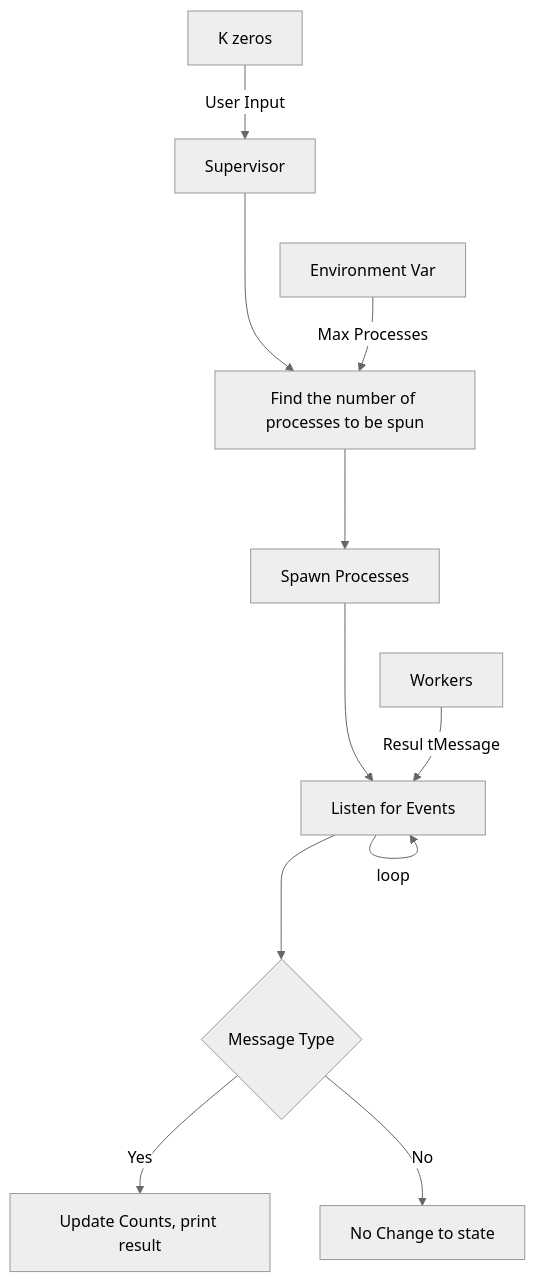
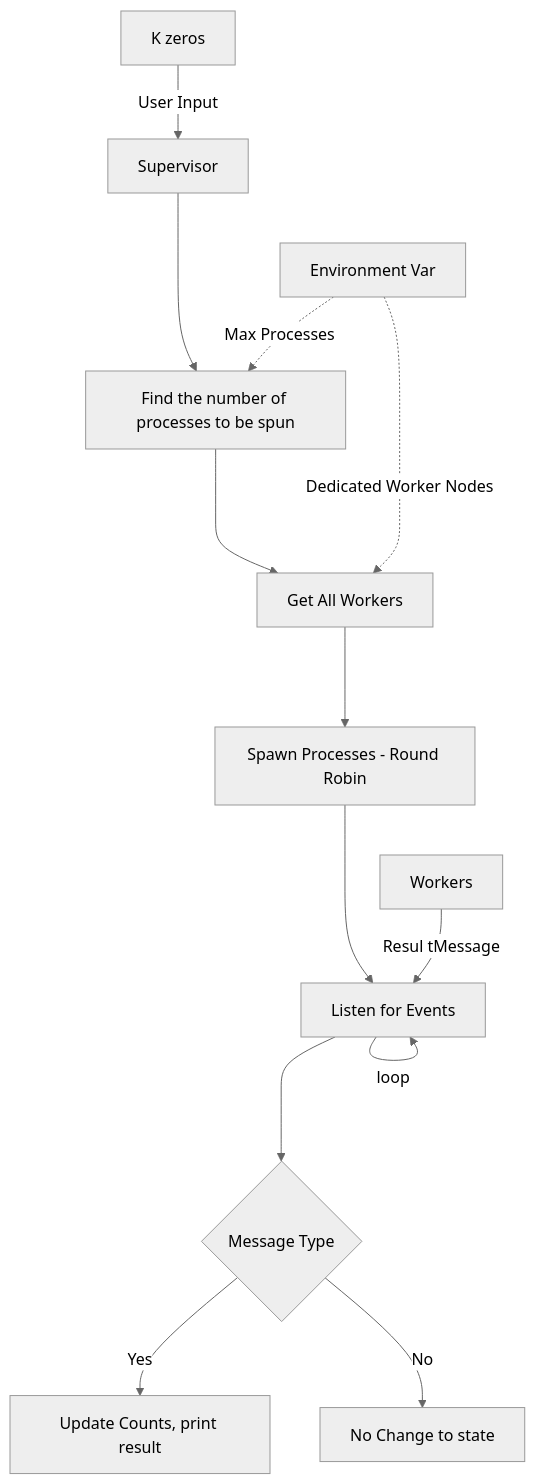
One commit to GANES1998/Bitcoin-Miner changed the second of 3 diagrams in Readme.md. Above: the diagram before and after it, drawn with Mermaid (neutral theme).

Commit message:
Supervisor architecture diagram changed to accomodate multiple nodes

````diff
--- a/Readme.md
+++ b/Readme.md
@@ -37,13 +37,15 @@
 ```mermaid
 graph TB;
     A[K zeros] --User Input--> B[Supervisor];
     B ---> C[Find the number of processes to be spun];
-    D[Environment Var] --Max Processes--> C;
-    C ---> E[Spawn Processes];
+    C ---> L[Get All Workers];
+    D -.-> |Dedicated Worker Nodes|L;
+    D[Environment Var] -.-> |Max Processes|C;
+    L ---> E[Spawn Processes - Round Robin];
     E ---> F[Listen for Events];
     F --loop--> F;
     H[Workers] --Resul tMessage--> F; 
     F ---> I{Message Type};
     I -->|Yes| J[Update Counts, print result];
     I -->|No| K[No Change to state]
 ```
````
